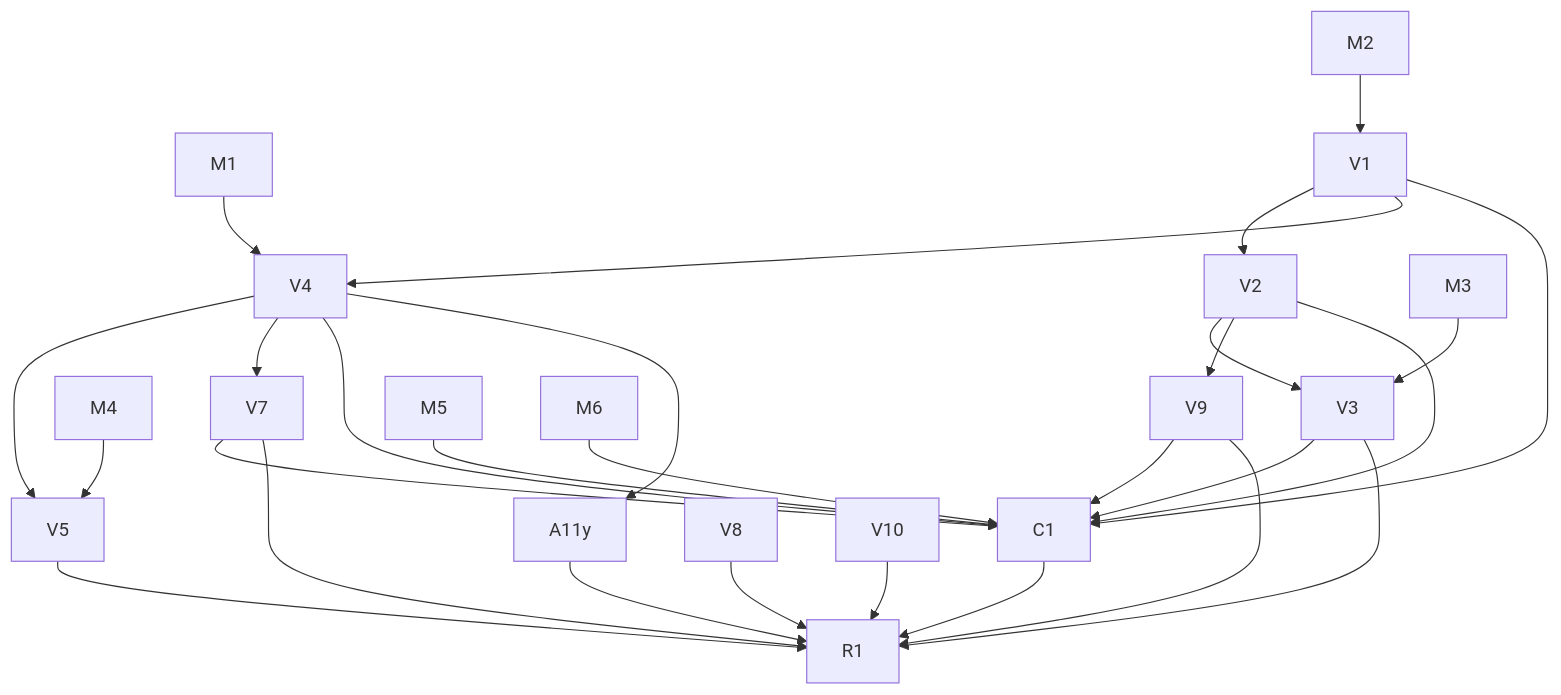
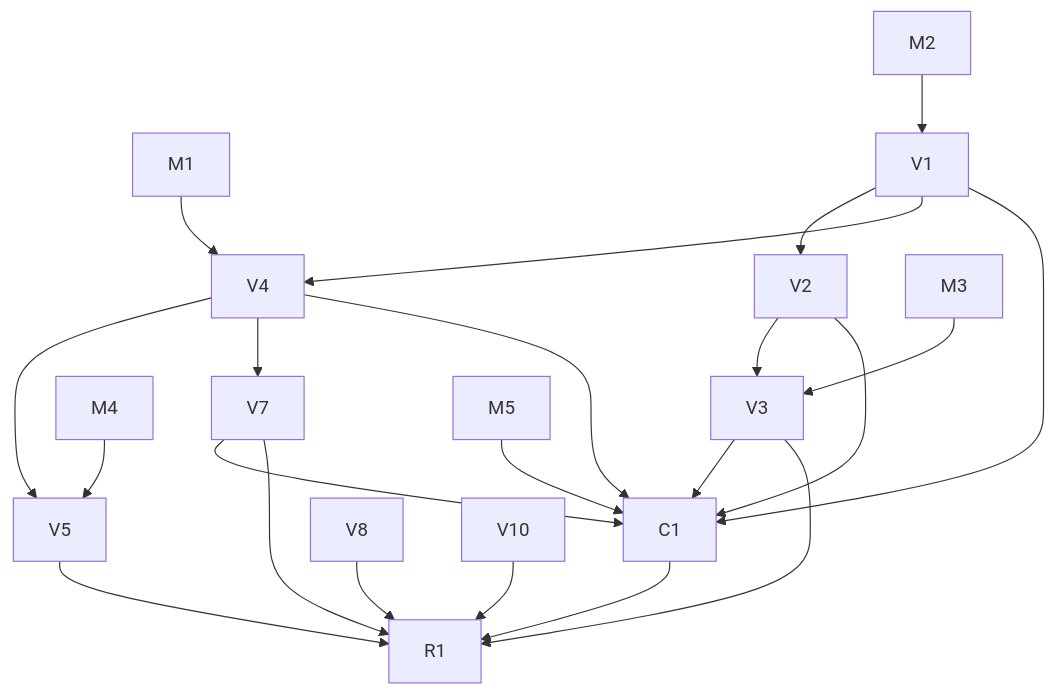
Before and after one commit to khivi/photos-cleanup: the diagram in TODO.md, drawn with Mermaid. The commit also changed other lines of this file, not shown here.

````diff
--- a/TODO.md
+++ b/TODO.md
@@ -34,19 +34,16 @@
 ```mermaid
 flowchart TD
     M1 --> V4
     M2 --> V1 --> V2 --> V3
     M3 --> V3
     V1 --> V4
     M4 --> V5
     V4 --> V5
     V4 --> V7
-    V2 --> V9
     V1 --> C1
     V2 --> C1
     V4 --> C1
     M5 --> C1
-    M6 --> C1
-    V3 & V7 & V9 --> C1
-    V4 --> A11y
-    V3 & V5 & V7 & V8 & V9 & V10 & C1 & A11y --> R1
+    V3 & V7 --> C1
+    V3 & V5 & V7 & V8 & V10 & C1 --> R1
 ```
````
